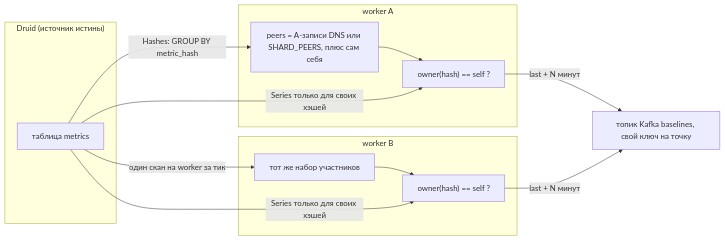
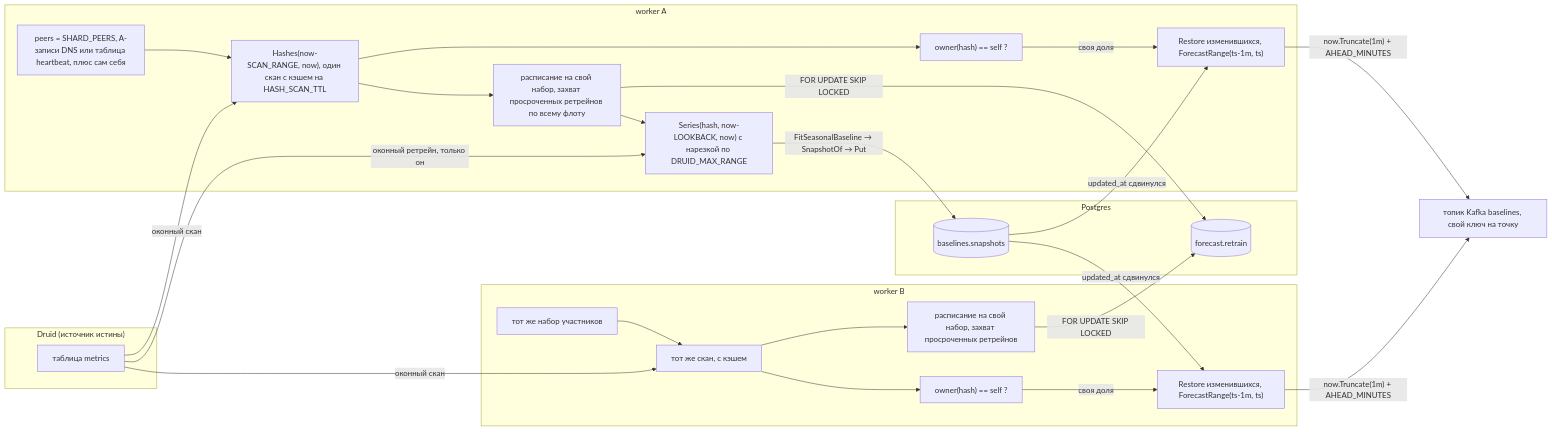
The diagram in docs/POC.ru.md (eduard-kolotushin/timeseries-baselines), drawn with Mermaid before and after one commit. The commit also changed other lines of this file and 12 other files, not shown here.

````diff
--- a/docs/POC.ru.md
+++ b/docs/POC.ru.md
@@ -37,18 +39,33 @@
 ```mermaid
 flowchart LR
   subgraph druid["Druid (источник истины)"]
     H["таблица metrics"]
   end
+  subgraph pg["Postgres"]
+    S[("baselines.snapshots")]
+    R[("forecast.retrain")]
+  end
   subgraph w1["worker A"]
-    A1["peers = A-записи DNS или SHARD_PEERS, плюс сам себя"] --> A2["owner(hash) == self ?"]
+    A1["peers = SHARD_PEERS, A-записи DNS или таблица heartbeat, плюс сам себя"] --> A2["Hashes(now-SCAN_RANGE, now), один скан с кэшем на HASH_SCAN_TTL"]
+    A2 --> A3["owner(hash) == self ?"]
+    A3 -->|"своя доля"| A4["Restore изменившихся, ForecastRange(ts-1m, ts)"]
+    A2 --> A5["расписание на свой набор, захват просроченных ретрейнов по всему флоту"]
+    A5 --> A6["Series(hash, now-LOOKBACK, now) с нарезкой по DRUID_MAX_RANGE"]
   end
   subgraph w2["worker B"]
-    B1["тот же набор участников"] --> B2["owner(hash) == self ?"]
+    B1["тот же набор участников"] --> B2["тот же скан, с кэшем"]
+    B2 --> B3["owner(hash) == self ?"]
+    B3 -->|"своя доля"| B4["Restore изменившихся, ForecastRange(ts-1m, ts)"]
+    B2 --> B5["расписание на свой набор, захват просроченных ретрейнов"]
   end
-  H -->|"Hashes: GROUP BY metric_hash"| A1
-  H -->|"Series только для своих хэшей"| A2
-  H -->|"один скан на worker за тик"| B1
-  H -->|"Series только для своих хэшей"| B2
-  A2 -->|"last + N минут"| K["топик Kafka baselines, свой ключ на точку"]
-  B2 -->|"last + N минут"| K
+  H -->|"оконный скан"| A2
+  H -->|"оконный ретрейн, только он"| A6
+  H -->|"оконный скан"| B2
+  A5 -->|"FOR UPDATE SKIP LOCKED"| R
+  B5 -->|"FOR UPDATE SKIP LOCKED"| R
+  A6 -->|"FitSeasonalBaseline → SnapshotOf → Put"| S
+  S -->|"updated_at сдвинулся"| A4
+  S -->|"updated_at сдвинулся"| B4
+  A4 -->|"now.Truncate(1m) + AHEAD_MINUTES"| K["топик Kafka baselines, свой ключ на точку"]
+  B4 -->|"now.Truncate(1m) + AHEAD_MINUTES"| K
 ```
````
